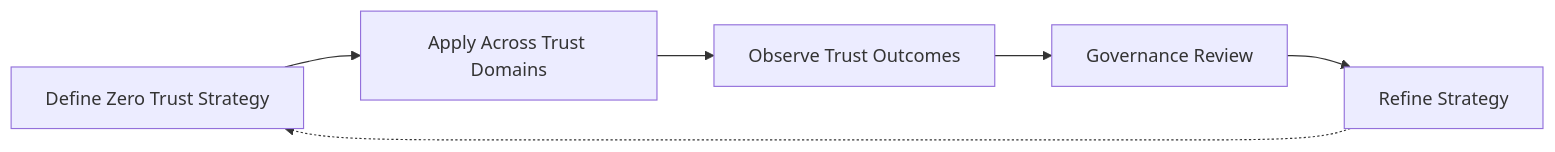
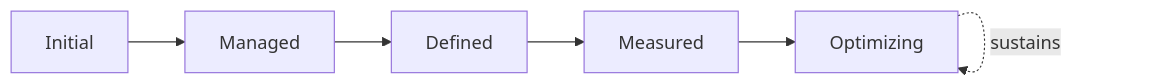
The sixth of 7 diagrams in 06_Security/zero-trust-strategy.md (MojammelJoy/StackLeo-Tech-Store), drawn with Mermaid before and after one commit. The commit also changed other lines of this file and 37 other files, not shown here.

````diff
--- a/06_Security/zero-trust-strategy.md
+++ b/06_Security/zero-trust-strategy.md
@@ -302,8 +494,8 @@
 ```mermaid
 flowchart LR
-    Define[Define Zero Trust Strategy] --> Apply[Apply Across Trust Domains]
-    Apply --> Observe[Observe Trust Outcomes]
-    Observe --> ReviewCycle[Governance Review]
-    ReviewCycle --> Refine[Refine Strategy]
-    Refine -.-> Define
+    Initial30[Initial] --> Managed30[Managed]
+    Managed30 --> Defined30[Defined]
+    Defined30 --> Measured30[Measured]
+    Measured30 --> Optimizing30[Optimizing]
+    Optimizing30 -.sustains.-> Optimizing30
 ```
````
